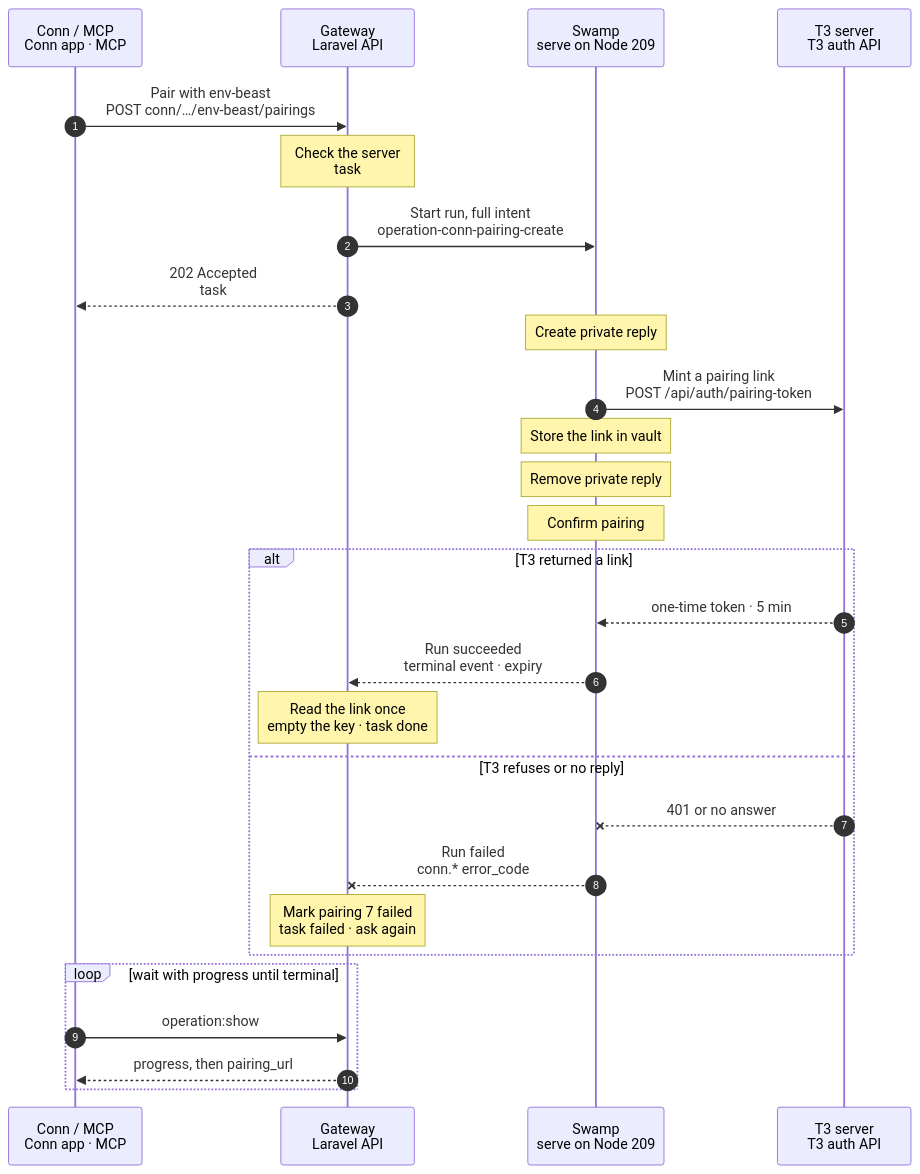
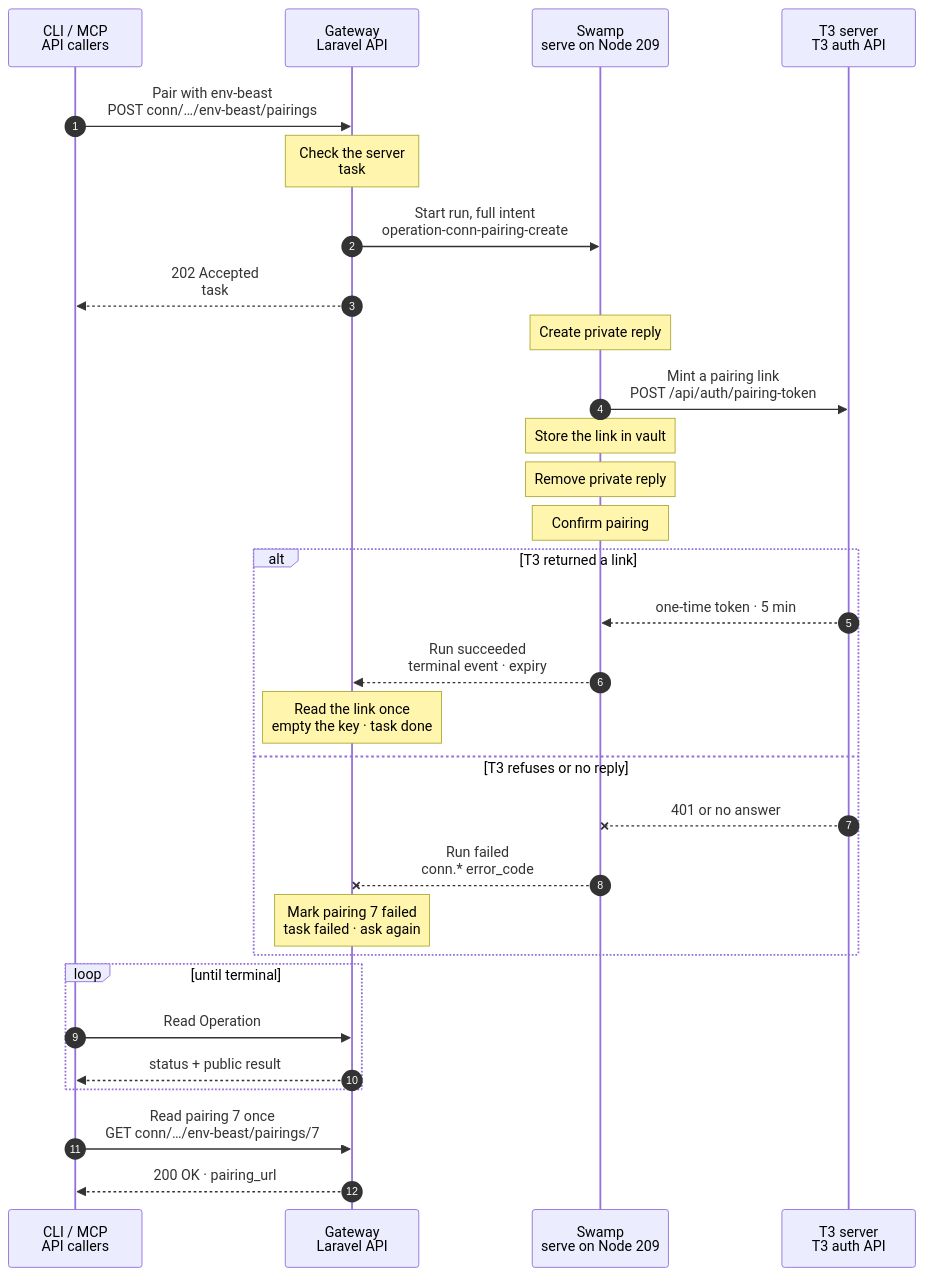
Before and after one commit to hardimpactdev/orbit: the diagram in docs/cli/conn/pairing-create.mmd, drawn with Mermaid. The commit also changed 4 other files, not shown here.

First line of the commit message:
docs(cluster,conn): charts draw the required-parameter path first (flow rule 23)

```diff
--- a/docs/cli/conn/pairing-create.mmd
+++ b/docs/cli/conn/pairing-create.mmd
@@ -1,104 +1,109 @@
 sequenceDiagram
   %% Target design: ADR 0244 task, DECISIONS R1 (an external API call is an effect, so it is a run), R2-R4, env_import vault pattern. docs/reference/conn.md#pairing-operations.
   %% status: migrated
-  %% command: none · Conn API (conn-pairing-create)
+  %% command: none · API (conn-pairing-create)
   %% kind: conn.pairing_create
   autonumber
   %% lane CLI icon=terminal pill=caller tone=gray
   %% lane GW icon=gateway pill=intent tone=blue
   %% lane SW icon=workflow pill=executes tone=green
   %% lane T3 icon=server pill=target tone=purple
-  participant CLI as Conn / MCP<br/>Conn app · MCP
+  participant CLI as CLI / MCP<br/>API callers
   participant GW as Gateway<br/>Laravel API
   participant SW as Swamp<br/>serve on Node 209
   participant T3 as T3 server<br/>T3 auth API
   CLI->>GW: Pair with env-beast<br/>POST conn/…/env-beast/pairings
   %%> Command:
-  %%> - `POST /api/v1/conn/environments/env-beast/pairings` from the Conn app on the phone
+  %%> - `POST /api/v1/conn/environments/env-beast/pairings`
   %%> - syntax: the MCP tool `conn-pairing-create` with `environment`
   %%> Input:
   %%> - the registered T3 server; the calling Node, such as `phone`, is who gets paired
   %%> Not included:
   %%> - there is no `orbit` command
   Note over GW: Check the server<br/>task #5170 · session to vault
   %%> Requirements:
-  %%> - the `conn` extension is on; the caller is an active Node; Conn needs no access grant
+  %%> - the `conn` extension is on; the caller is an active Node; no access grant is needed
   %%> - env-beast is registered and the Gateway's admin session there has not expired, else `conn.session_expired`
   %%> What it does:
   %%> - records pairing 7 with a unique client label, such as `phone via Orbit k3j9x0qa`
   %%> - pushes the admin session to the Swamp vault as `conn-session-5170` after commit (R3)
   %%> Why a run:
   %%> - calling T3's API is an effect; the Gateway's only execution primitives are mint and sign
   %%> Result:
   %%> - task #5170 recorded with the full intent
   GW->>SW: Start run, full intent<br/>operation-conn-pairing-create
   %%> What it does:
   %%> - starts one Swamp run on serve (Node 209); no Node is a target
   %%> Inputs:
   %%> - the T3 server URL, the client label, and the vault key names; never the session
   GW-->>CLI: 202 Accepted<br/>task #5170
   %%> What you get:
   %%> - the task number, at once
   %%> Next:
   %%> - the caller waits on the task and shows its progress; the run takes about a second
   Note over SW: Create private reply
   %%> How:
   %%> - mktemp creates a private directory for the T3 response
   SW->>T3: Mint a pairing link<br/>POST /api/auth/pairing-token
   %%> How:
   %%> - one HTTPS request from 209, with the admin session from `vault.get`
   %%> What it does:
   %%> - asks T3 for a one-time pairing token with T3's administrative scopes and the admitted client label
   Note over SW: Store the link in vault
   %%> How:
   %%> - a typed data method reads the private response and publishes the credential as a native sensitive field
   %%> - its resource instance is unique to pairing 7, so concurrent pairings have different vault keys
   %%> What it does:
   %%> - writes the credential to the native key for pairing 7 and returns only public metadata and its key name
   %%> Not included:
   %%> - the link never goes into step outputs, the run's result or a log
   Note over SW: Remove private reply
   %%> How:
   %%> - declared completed or skipped dependencies clean up after failure too
   Note over SW: Confirm pairing
   %%> Check:
   %%> - the native assert requires a stored sensitive output and successful cleanup
   alt T3 returned a link
     T3-->>SW: one-time token · 5 min
     %%> Returns:
     %%> - the token and its expiry
     SW-->>GW: Run succeeded<br/>terminal event · expiry
     %%> How the Gateway learns it:
     %%> - its shared run reader sees the terminal event; Swamp never calls the Gateway
     %%> Returns:
     %%> - only public metadata: the expiry
     Note over GW: Read the link once<br/>empty the key · task done
     %%> What it does:
     %%> - reads pairing 7's native credential key once, keeps the link encrypted on pairing 7, then deletes the key with the native `vault.delete` frame
     %%> Result:
     %%> - pairing 7 gets its issued and expiry times; task #5170 succeeds
   else T3 refuses or no reply
     T3--xSW: 401 or no answer
     %%> When:
     %%> - T3 refuses the admin session, cannot be reached, or answers with invalid data
     SW--xGW: Run failed<br/>conn.* error_code
     %%> The Gateway reads:
     %%> - the failed step and its safe error code, such as `conn.session_rejected`
     Note over GW: Mark pairing 7 failed<br/>task failed · ask again
     %%> Result:
     %%> - pairing 7 is marked failed; task #5170 fails
     %%> On the T3 server:
     %%> - a link minted before a lost reply stays unused and expires within minutes; that is harmless
     %%> Retry:
     %%> - ask again; it is a new task with a new label
   end
-  loop wait with progress until terminal
-    CLI->>GW: operation:show #5170
+  loop until terminal
+    CLI->>GW: Read Operation #5170<br/>GET conn/operations/5170
     %%> What it does:
-    %%> - waits on the task and shows each step label as progress
-    GW-->>CLI: progress, then pairing_url
+    %%> - the requester polls `GET /api/v1/conn/operations/5170` for status and public results
+    GW-->>CLI: status + public result
     %%> Returns:
-    %%> - the progress, and on success the `pairing_url` once; the Gateway then clears it from pairing 7
-    %%> Next:
-    %%> - the device opens the link right away and pairs; a second read gets 409
+    %%> - status and public pairing metadata; never the pairing URL
   end
+  CLI->>GW: Read pairing 7 once<br/>GET conn/…/env-beast/pairings/7
+  %%> What it does:
+  %%> - after success, the caller reads `GET /api/v1/conn/environments/env-beast/pairings/7`
+  GW-->>CLI: 200 OK · pairing_url
+  %%> Returns:
+  %%> - the owner-checked read returns the URL once and clears its encrypted credential
+  %%> - a second read, an expired pairing or a read before completion returns 409
```
